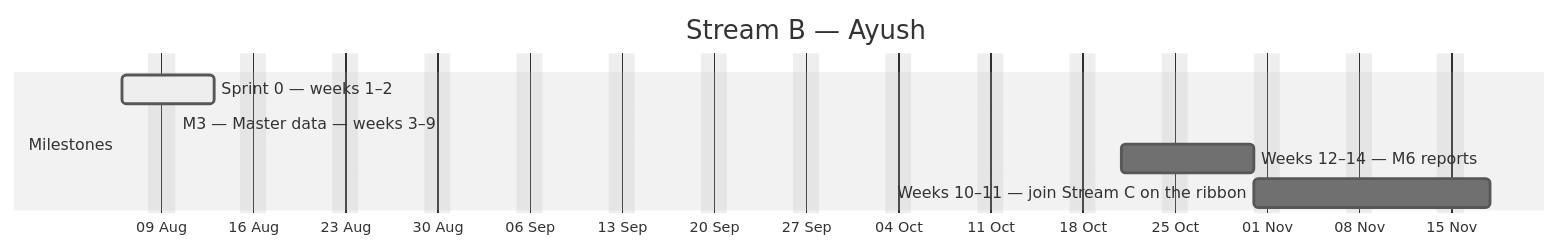
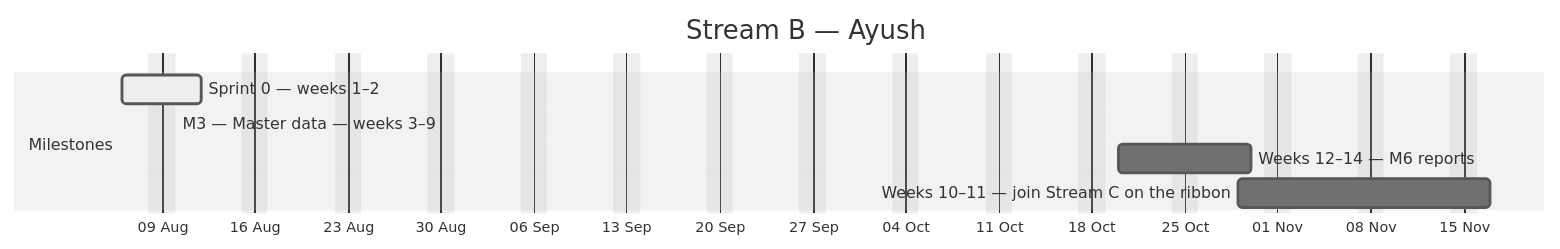
Before and after one commit to debashisedunext/EduTrack: the second of 4 diagrams in docs/plan/GANTT.md, drawn with Mermaid (neutral theme). The commit also changed other lines of this file and 3 other files, not shown here.

````diff
--- a/docs/plan/GANTT.md
+++ b/docs/plan/GANTT.md
@@ -140,12 +140,12 @@
 ```mermaid
 gantt
     dateFormat YYYY-MM-DD
     axisFormat %d %b
     title Stream B — Ayush
     excludes weekends
     section Milestones
-    Sprint 0 — weeks 1–2 :active, b0, 2026-08-06, 5d
-    M3 — Master data — weeks 3–9 :active, b1, 2026-08-10, -15d
-    Weeks 12–14 — M6 reports :b2, 2026-10-21, 8d
-    Weeks 10–11 — join Stream C on the ribbon :b3, 2026-10-31, 13d
+    Sprint 0 — weeks 1–2 :active, b0, 2026-08-06, 4d
+    M3 — Master data — weeks 3–9 :active, b1, 2026-08-10, -14d
+    Weeks 12–14 — M6 reports :b2, 2026-10-20, 8d
+    Weeks 10–11 — join Stream C on the ribbon :b3, 2026-10-29, 13d
 ```
````
